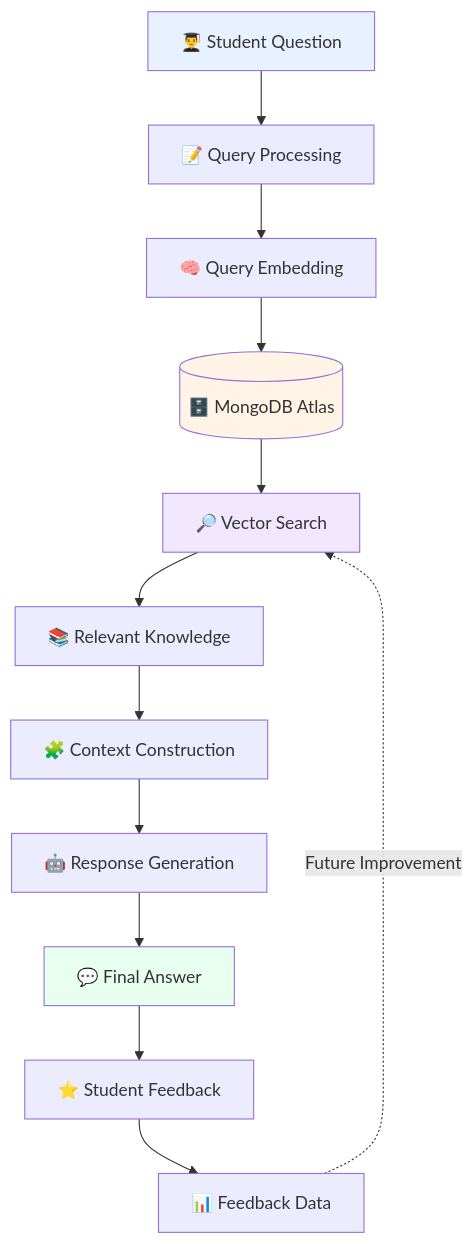
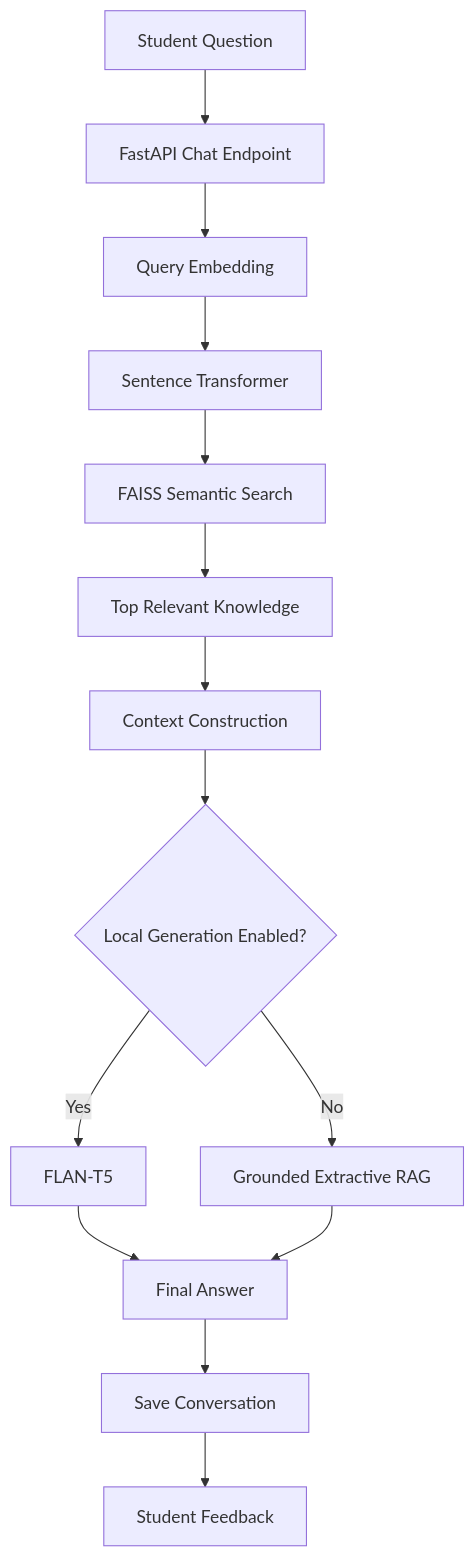
One commit to abhikumar19999999-maker/edu-chatbot changed the first of 4 diagrams in README.md. Above: the diagram before and after it, drawn with Mermaid. The commit also changed other lines of this file, not shown here.

Commit message:
Rewrite README for current EduBot research architecture

````diff
--- a/README.md
+++ b/README.md
@@ -149,29 +131,16 @@
 ```mermaid
 flowchart TD
-    A[👨‍🎓 Student Question] --> B[📝 Query Processing]
-
-    B --> C[🧠 Query Embedding]
-
-    C --> D[(🗄️ MongoDB Atlas)]
-
-    D --> E[🔎 Vector Search]
-
-    E --> F[📚 Relevant Knowledge]
-
-    F --> G[🧩 Context Construction]
-
-    G --> H[🤖 Response Generation]
-
-    H --> I[💬 Final Answer]
-
-    I --> J[⭐ Student Feedback]
-
-    J --> K[📊 Feedback Data]
-
-    K -. Future Improvement .-> E
-
-    style A fill:#e8f1ff
-    style I fill:#e8fff0
-    style D fill:#fff4e5
-    style E fill:#f1e8ff
+    A[Student Question] --> B[FastAPI Chat Endpoint]
+    B --> C[Query Embedding]
+    C --> D[Sentence Transformer]
+    D --> E[FAISS Semantic Search]
+    E --> F[Top Relevant Knowledge]
+    F --> G[Context Construction]
+    G --> H{Local Generation Enabled?}
+    H -->|Yes| I[FLAN-T5]
+    H -->|No| J[Grounded Extractive RAG]
+    I --> K[Final Answer]
+    J --> K
+    K --> L[Save Conversation]
+    L --> M[Student Feedback]
 ```
````
